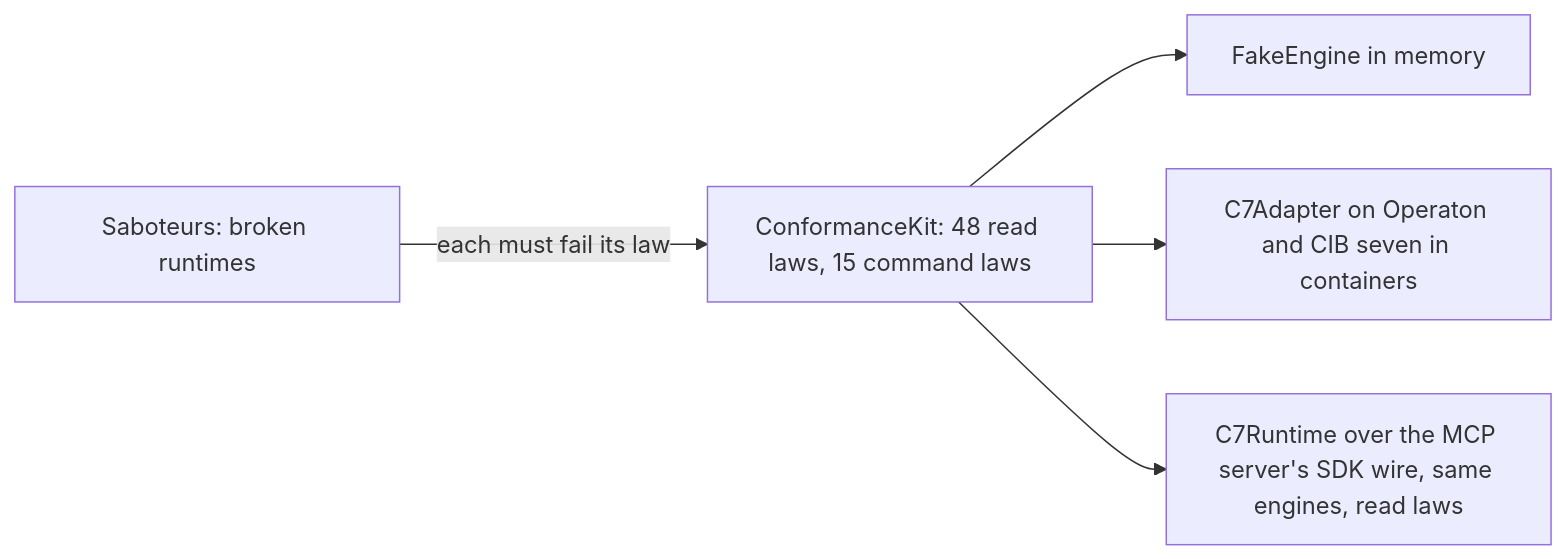
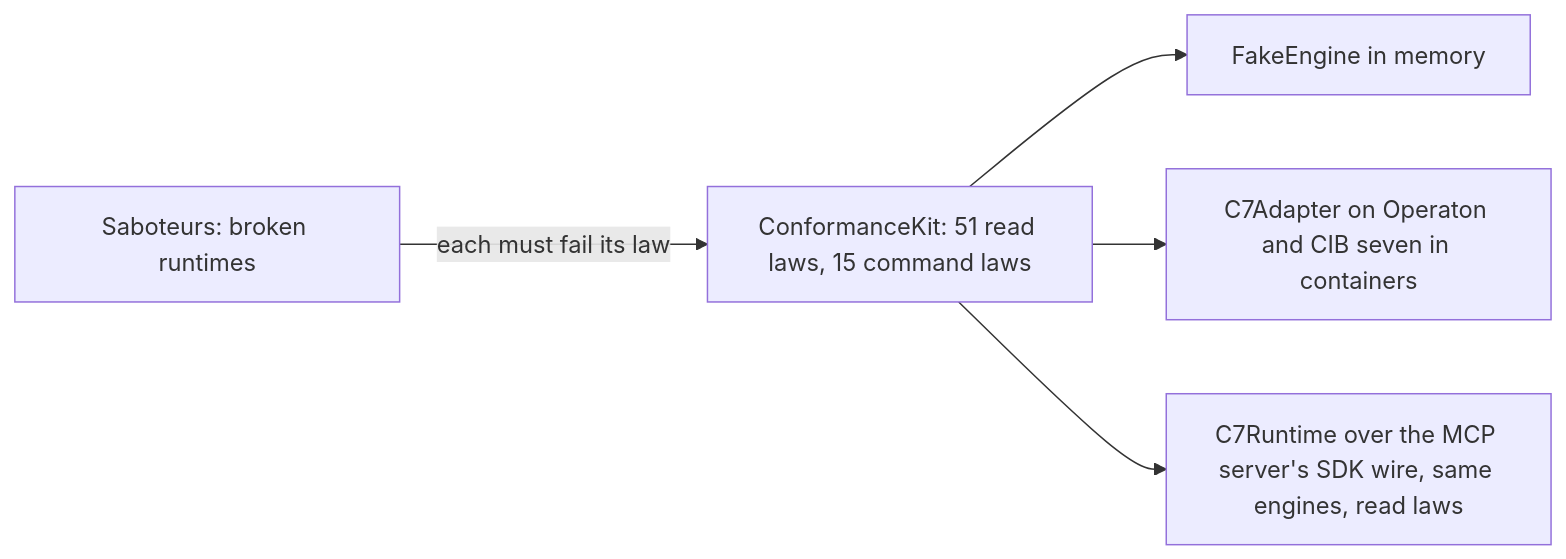
The diagram in apps/vscode/docs/adr/runtime-contract.md (Miragon/pulse), drawn with Mermaid before and after one commit. The commit also changed other lines of this file and 14 other files, not shown here.

````diff
--- a/apps/vscode/docs/adr/runtime-contract.md
+++ b/apps/vscode/docs/adr/runtime-contract.md
@@ -264,8 +266,8 @@
 ```mermaid
 flowchart LR
-  kit[ConformanceKit: 48 read laws, 15 command laws]
+  kit[ConformanceKit: 51 read laws, 15 command laws]
   kit --> fake[FakeEngine in memory]
   kit --> c7[C7Adapter on Operaton and CIB seven in containers]
   kit --> mcp[C7Runtime over the MCP server's SDK wire, same engines, read laws]
   saboteurs[Saboteurs: broken runtimes] -- each must fail its law --> kit
 ```
````
